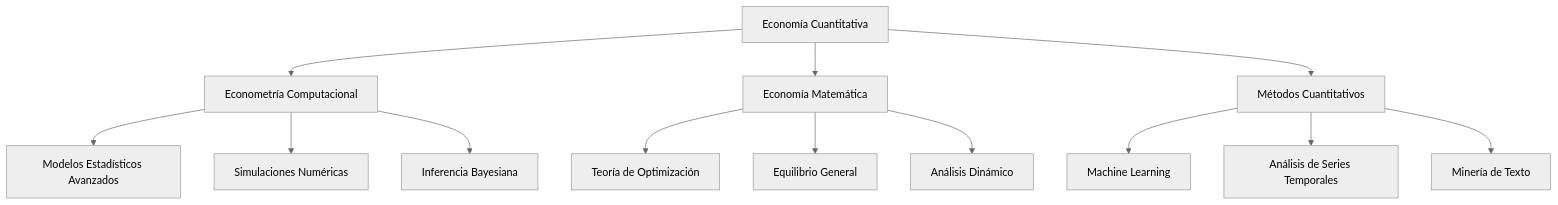
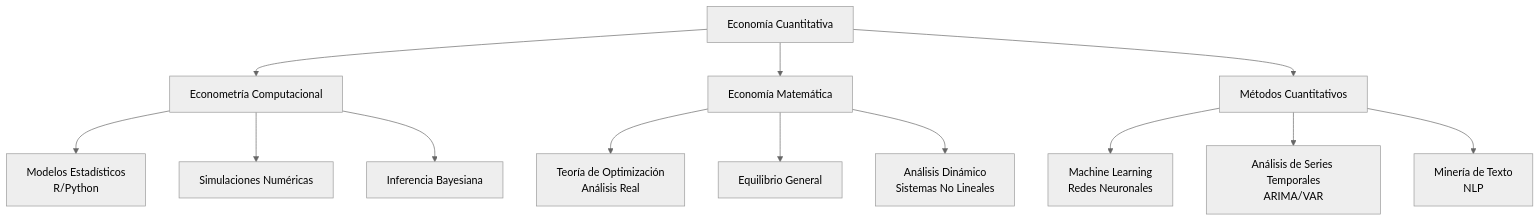
One commit to emanuelquintana-glitch/emanuelquintana-glitch changed the first of 2 diagrams in README.md. Above: the diagram before and after it, drawn with Mermaid (neutral theme). The commit also changed other lines of this file, not shown here.

````diff
--- a/README.md
+++ b/README.md
@@ -27,18 +155,18 @@
 ```mermaid
 graph TD
     A[Economía Cuantitativa] --> B[Econometría Computacional]
     A --> C[Economía Matemática]
     A --> D[Métodos Cuantitativos]
     
-    B --> E[Modelos Estadísticos Avanzados]
+    B --> E[Modelos Estadísticos<br/>R/Python]
     B --> F[Simulaciones Numéricas]
     B --> G[Inferencia Bayesiana]
     
-    C --> H[Teoría de Optimización]
+    C --> H[Teoría de Optimización<br/>Análisis Real]
     C --> I[Equilibrio General]
-    C --> J[Análisis Dinámico]
+    C --> J[Análisis Dinámico<br/>Sistemas No Lineales]
     
-    D --> K[Machine Learning]
-    D --> L[Análisis de Series Temporales]
-    D --> M[Minería de Texto]
+    D --> K[Machine Learning<br/>Redes Neuronales]
+    D --> L[Análisis de Series Temporales<br/>ARIMA/VAR]
+    D --> M[Minería de Texto<br/>NLP]
 ```
````
